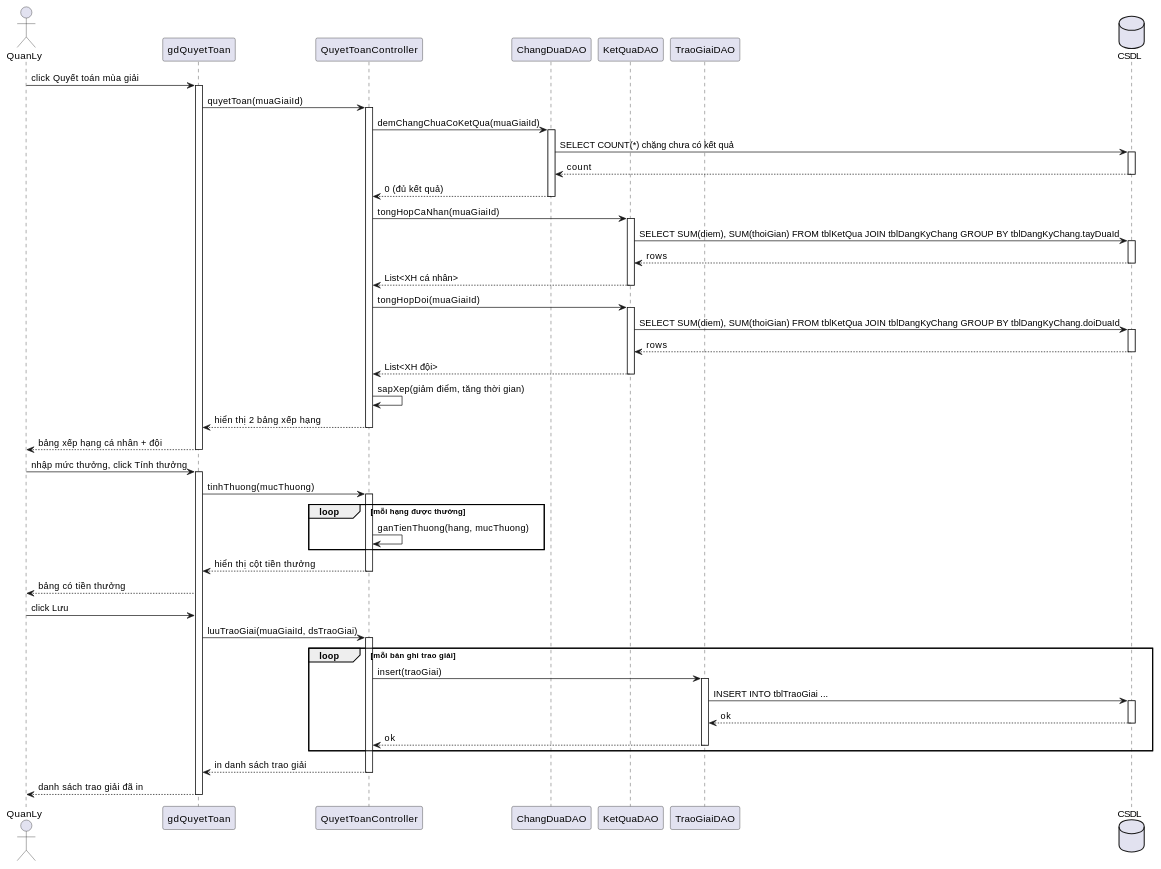
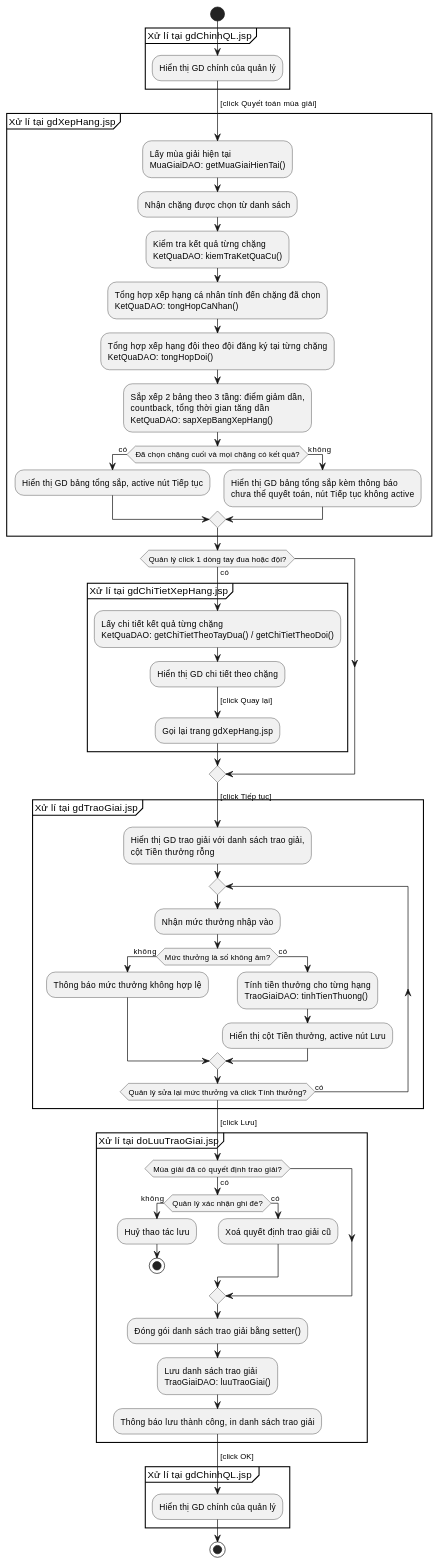
One commit to 7gho/CNPM-He2026 changed the fifth of 6 diagrams in Module 4 - Thanh/noi-dung.md. Above: the diagram before and after it, drawn with PlantUML. The commit also changed other lines of this file and 53 other files, not shown here.

First line of the commit message:
Chuan hoa toan bo tai lieu theo giao trinh va de bai goc

````diff
--- a/Module 4 - Thanh/noi-dung.md
+++ b/Module 4 - Thanh/noi-dung.md
@@ -209,74 +400,73 @@
 ```plantuml
 @startuml
-actor QuanLy as QL
-participant "gdQuyetToan" as V
-participant "QuyetToanController" as C
-participant "ChangDuaDAO" as CDAO
-participant "KetQuaDAO" as KDAO
-participant "TraoGiaiDAO" as TDAO
-database "CSDL" as DB
-
-QL -> V : click Quyết toán mùa giải
-activate V
-V -> C : quyetToan(muaGiaiId)
-activate C
-C -> CDAO : demChangChuaCoKetQua(muaGiaiId)
-activate CDAO
-CDAO -> DB : SELECT COUNT(*) chặng chưa có kết quả
-activate DB
-DB --> CDAO : count
-deactivate DB
-CDAO --> C : 0 (đủ kết quả)
-deactivate CDAO
-C -> KDAO : tongHopCaNhan(muaGiaiId)
-activate KDAO
-KDAO -> DB : SELECT SUM(diem), SUM(thoiGian) FROM tblKetQua JOIN tblDangKyChang GROUP BY tblDangKyChang.tayDuaId
-activate DB
-DB --> KDAO : rows
-deactivate DB
-KDAO --> C : List<XH cá nhân>
-deactivate KDAO
-C -> KDAO : tongHopDoi(muaGiaiId)
-activate KDAO
-KDAO -> DB : SELECT SUM(diem), SUM(thoiGian) FROM tblKetQua JOIN tblDangKyChang GROUP BY tblDangKyChang.doiDuaId
-activate DB
-DB --> KDAO : rows
-deactivate DB
-KDAO --> C : List<XH đội>
-deactivate KDAO
-C -> C : sapXep(giảm điểm, tăng thời gian)
-C --> V : hiển thị 2 bảng xếp hạng
-deactivate C
-V --> QL : bảng xếp hạng cá nhân + đội
-deactivate V
-
-QL -> V : nhập mức thưởng, click Tính thưởng
-activate V
-V -> C : tinhThuong(mucThuong)
-activate C
-loop mỗi hạng được thưởng
-  C -> C : ganTienThuong(hang, mucThuong)
-end
-C --> V : hiển thị cột tiền thưởng
-deactivate C
-V --> QL : bảng có tiền thưởng
-
-QL -> V : click Lưu
-V -> C : luuTraoGiai(muaGiaiId, dsTraoGiai)
-activate C
-loop mỗi bản ghi trao giải
-  C -> TDAO : insert(traoGiai)
-  activate TDAO
-  TDAO -> DB : INSERT INTO tblTraoGiai ...
-  activate DB
-  DB --> TDAO : ok
-  deactivate DB
-  TDAO --> C : ok
-  deactivate TDAO
-end
-C --> V : in danh sách trao giải
-deactivate C
-V --> QL : danh sách trao giải đã in
-deactivate V
+start
+partition "Xử lí tại gdChinhQL.jsp" {
+  :Hiển thị GD chính của quản lý;
+}
+-> [click Quyết toán mùa giải];
+partition "Xử lí tại gdXepHang.jsp" {
+  :Lấy mùa giải hiện tại
+  MuaGiaiDAO: getMuaGiaiHienTai();
+  :Nhận chặng được chọn từ danh sách;
+  :Kiểm tra kết quả từng chặng
+  KetQuaDAO: kiemTraKetQuaCu();
+  :Tổng hợp xếp hạng cá nhân tính đến chặng đã chọn
+  KetQuaDAO: tongHopCaNhan();
+  :Tổng hợp xếp hạng đội theo đội đăng ký tại từng chặng
+  KetQuaDAO: tongHopDoi();
+  :Sắp xếp 2 bảng theo 3 tầng: điểm giảm dần,
+  countback, tổng thời gian tăng dần
+  KetQuaDAO: sapXepBangXepHang();
+  if (Đã chọn chặng cuối và mọi chặng có kết quả?) then (có)
+    :Hiển thị GD bảng tổng sắp, active nút Tiếp tục;
+  else (không)
+    :Hiển thị GD bảng tổng sắp kèm thông báo
+    chưa thể quyết toán, nút Tiếp tục không active;
+  endif
+}
+if (Quản lý click 1 dòng tay đua hoặc đội?) then (có)
+  partition "Xử lí tại gdChiTietXepHang.jsp" {
+    :Lấy chi tiết kết quả từng chặng
+    KetQuaDAO: getChiTietTheoTayDua() / getChiTietTheoDoi();
+    :Hiển thị GD chi tiết theo chặng;
+    -> [click Quay lại];
+    :Gọi lại trang gdXepHang.jsp;
+  }
+endif
+-> [click Tiếp tục];
+partition "Xử lí tại gdTraoGiai.jsp" {
+  :Hiển thị GD trao giải với danh sách trao giải,
+  cột Tiền thưởng rỗng;
+  repeat
+    :Nhận mức thưởng nhập vào;
+    if (Mức thưởng là số không âm?) then (không)
+      :Thông báo mức thưởng không hợp lệ;
+    else (có)
+      :Tính tiền thưởng cho từng hạng
+      TraoGiaiDAO: tinhTienThuong();
+      :Hiển thị cột Tiền thưởng, active nút Lưu;
+    endif
+  repeat while (Quản lý sửa lại mức thưởng và click Tính thưởng?) is (có)
+}
+-> [click Lưu];
+partition "Xử lí tại doLuuTraoGiai.jsp" {
+  if (Mùa giải đã có quyết định trao giải?) then (có)
+    if (Quản lý xác nhận ghi đè?) then (không)
+      :Huỷ thao tác lưu;
+      stop
+    else (có)
+      :Xoá quyết định trao giải cũ;
+    endif
+  endif
+  :Đóng gói danh sách trao giải bằng setter();
+  :Lưu danh sách trao giải
+  TraoGiaiDAO: luuTraoGiai();
+  :Thông báo lưu thành công, in danh sách trao giải;
+}
+-> [click OK];
+partition "Xử lí tại gdChinhQL.jsp " {
+  :Hiển thị GD chính của quản lý;
+}
+stop
 @enduml
 ```
````
